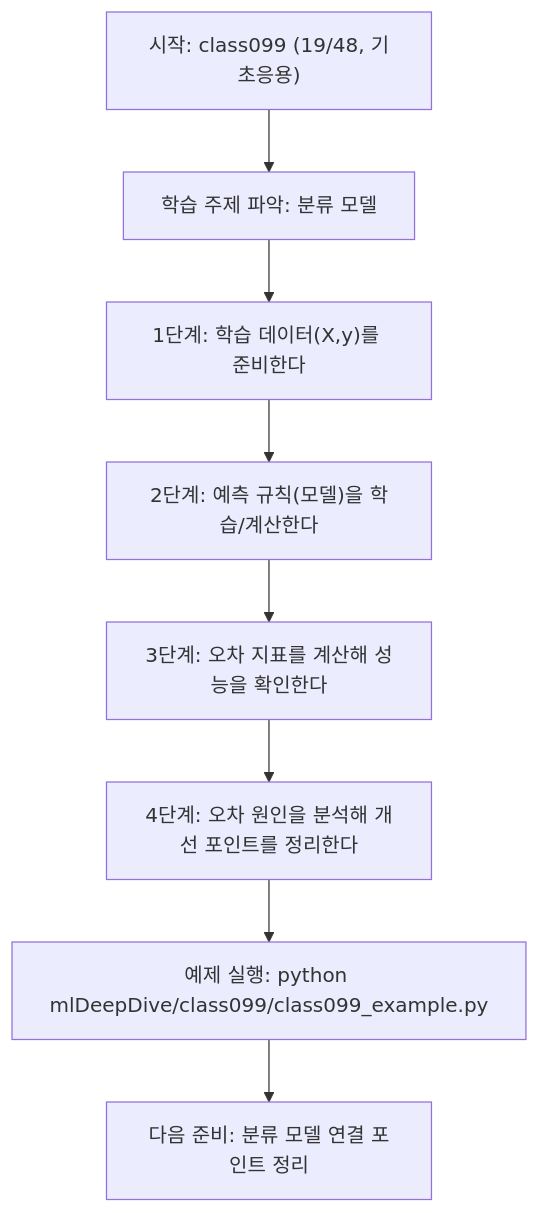
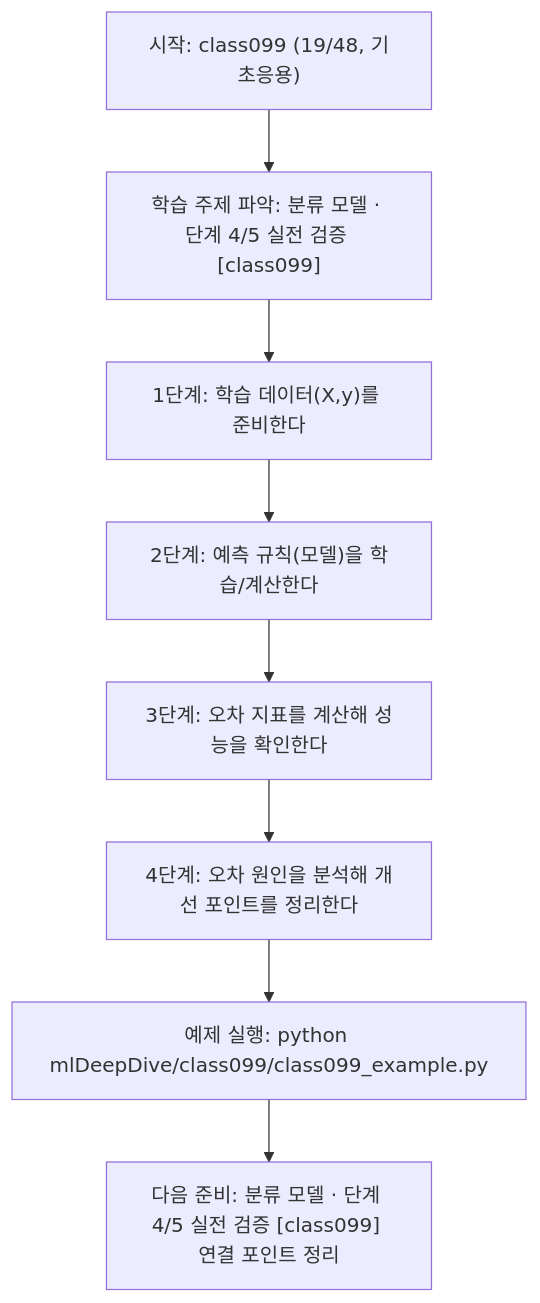
The diagram in mlDeepDive/class099/class099.md (edumgt/Python-AI_Agent-Class), drawn with Mermaid before and after one commit. The commit also changed other lines of this file and 522 other files, not shown here.

````diff
--- a/mlDeepDive/class099/class099.md
+++ b/mlDeepDive/class099/class099.md
@@ -108,18 +109,18 @@
 ```mermaid
 flowchart TD
 N1["시작: class099 (19/48, 기초응용)"]
-N2["학습 주제 파악: 분류 모델"]
+N2["학습 주제 파악: 분류 모델 · 단계 4/5 실전 검증 [class099]"]
 N3["1단계: 학습 데이터(X,y)를 준비한다"]
 N4["2단계: 예측 규칙(모델)을 학습/계산한다"]
 N5["3단계: 오차 지표를 계산해 성능을 확인한다"]
 N6["4단계: 오차 원인을 분석해 개선 포인트를 정리한다"]
 N7["예제 실행: python mlDeepDive/class099/class099_example.py"]
-N8["다음 준비: 분류 모델 연결 포인트 정리"]
+N8["다음 준비: 분류 모델 · 단계 4/5 실전 검증 [class099] 연결 포인트 정리"]
 N1 --> N2
 N2 --> N3
 N3 --> N4
 N4 --> N5
 N5 --> N6
 N6 --> N7
 N7 --> N8
 ```
````
